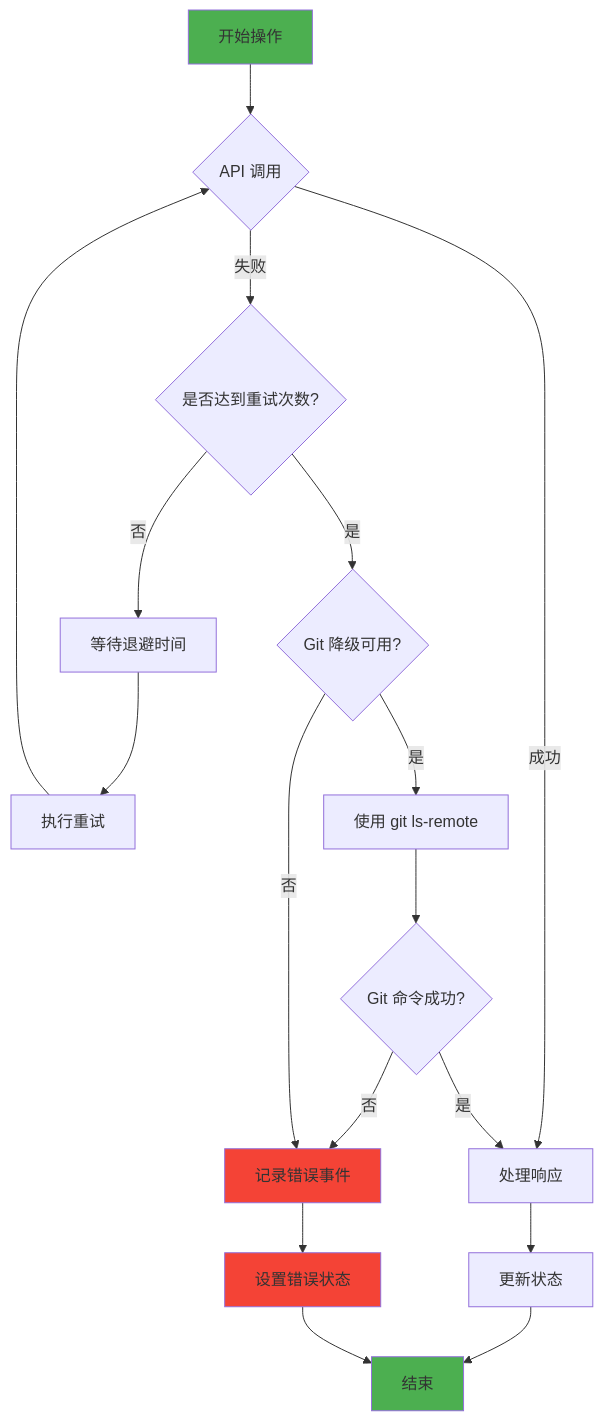
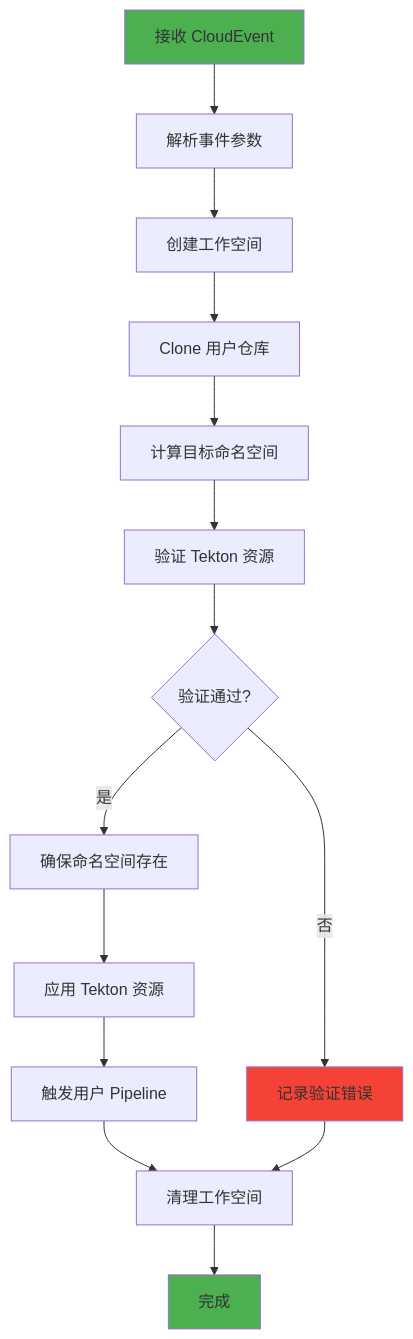
One commit to johnnynv/RepoSentry changed the fifth of 7 diagrams in docs/zh/architecture.md. Above: the diagram before and after it, drawn with Mermaid. The commit also changed other lines of this file and 53 other files, not shown here.

````diff
--- a/docs/zh/architecture.md
+++ b/docs/zh/architecture.md
@@ -166,24 +225,20 @@
 ```mermaid
 flowchart TD
-    A[开始操作] --> B{API 调用}
-    B -->|成功| C[处理响应]
-    B -->|失败| D{是否达到重试次数?}
-    D -->|否| E[等待退避时间]
-    E --> F[执行重试]
-    F --> B
-    D -->|是| G{Git 降级可用?}
-    G -->|是| H[使用 git ls-remote]
-    H --> I{Git 命令成功?}
-    I -->|是| C
-    I -->|否| J[记录错误事件]
-    G -->|否| J
-    C --> K[更新状态]
-    J --> L[设置错误状态]
-    K --> M[结束]
-    L --> M
+    A[接收 CloudEvent] --> B[解析事件参数]
+    B --> C[创建工作空间]
+    C --> D[Clone 用户仓库]
+    D --> E[计算目标命名空间]
+    E --> F[验证 Tekton 资源]
+    F --> G{验证通过?}
+    G -->|是| H[确保命名空间存在]
+    G -->|否| I[记录验证错误]
+    H --> J[应用 Tekton 资源]
+    J --> K[触发用户 Pipeline]
+    K --> L[清理工作空间]
+    I --> L
+    L --> M[完成]
     
     style A fill:#4caf50
     style M fill:#4caf50
-    style J fill:#f44336
-    style L fill:#f44336
+    style I fill:#f44336
 ```
````
